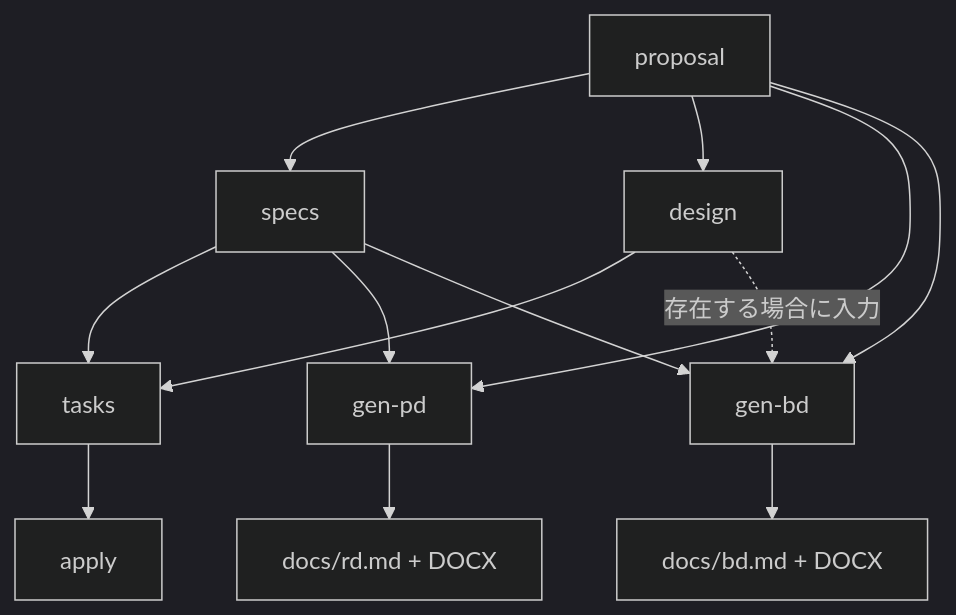
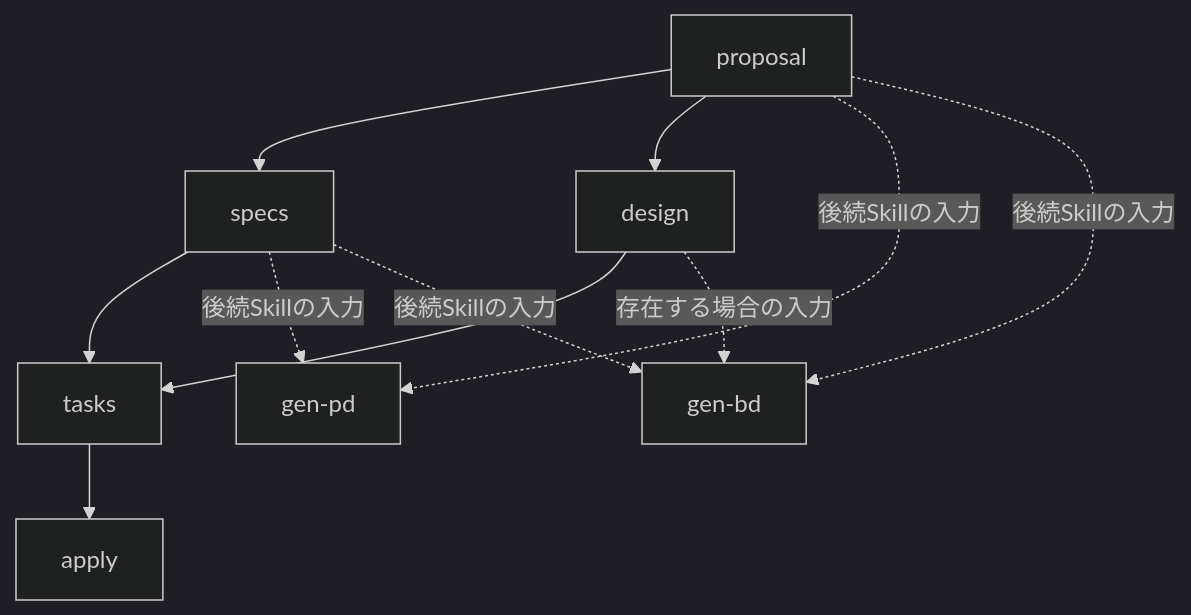
The first of 2 diagrams in docs/references/MySDD-Spec.md (k5-mot/SETUP.md), drawn with Mermaid (dark theme) before and after one commit. The commit also changed other lines of this file, not shown here.

First line of the commit message:
📝 docs(mysdd): カスタムSchema仕様を再構成

````diff
--- a/docs/references/MySDD-Spec.md
+++ b/docs/references/MySDD-Spec.md
@@ -102,15 +230,13 @@
 ```mermaid
 flowchart TD
     proposal[proposal] --> specs[specs]
     proposal --> design[design]
     specs --> tasks[tasks]
     design --> tasks
     tasks --> apply[apply]
-    proposal --> genpd[gen-pd]
-    specs --> genpd
-    genpd --> rd[docs/rd.md + DOCX]
-    proposal --> genbd[gen-bd]
-    specs --> genbd
-    design -. "存在する場合に入力" .-> genbd
-    genbd --> bd[docs/bd.md + DOCX]
+    proposal -. "後続Skillの入力" .-> genpd[gen-pd]
+    specs -. "後続Skillの入力" .-> genpd
+    proposal -. "後続Skillの入力" .-> genbd[gen-bd]
+    specs -. "後続Skillの入力" .-> genbd
+    design -. "存在する場合の入力" .-> genbd
 ```
````
